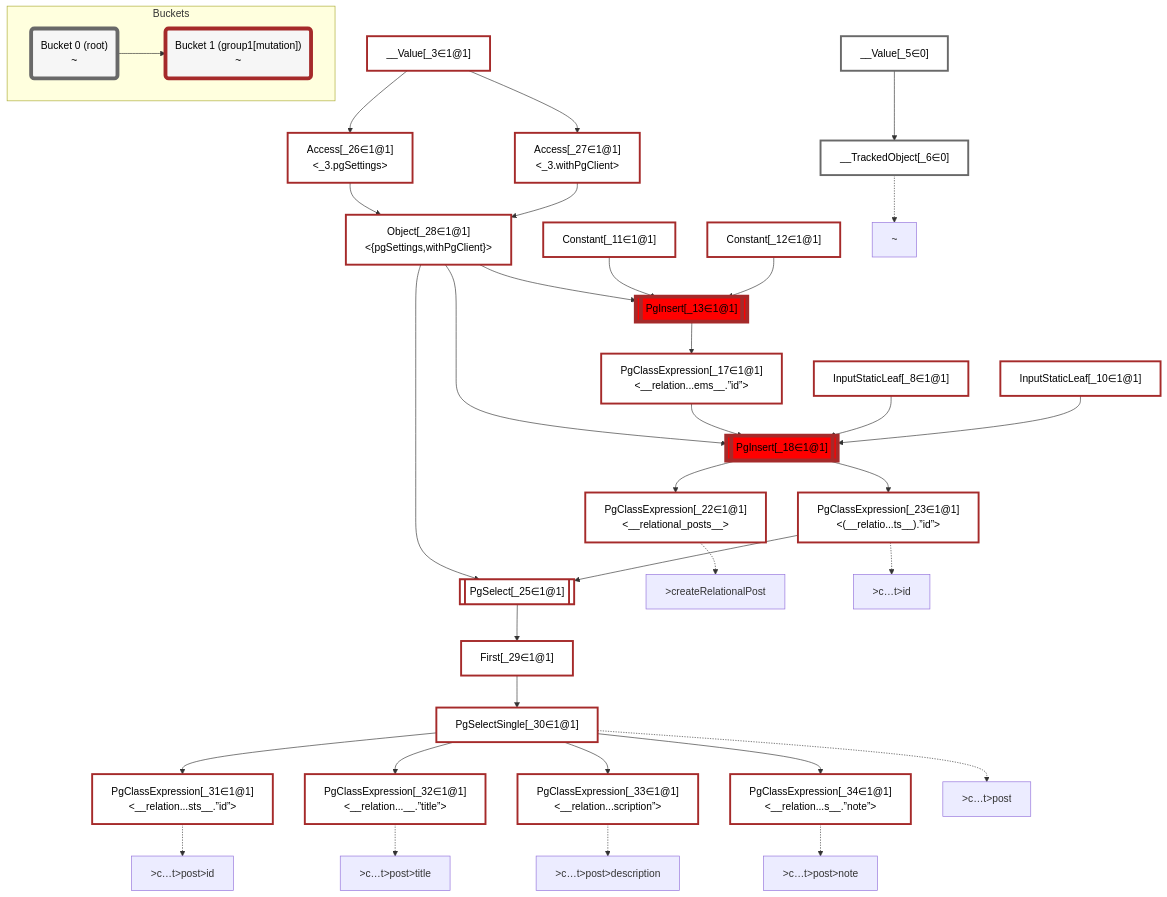
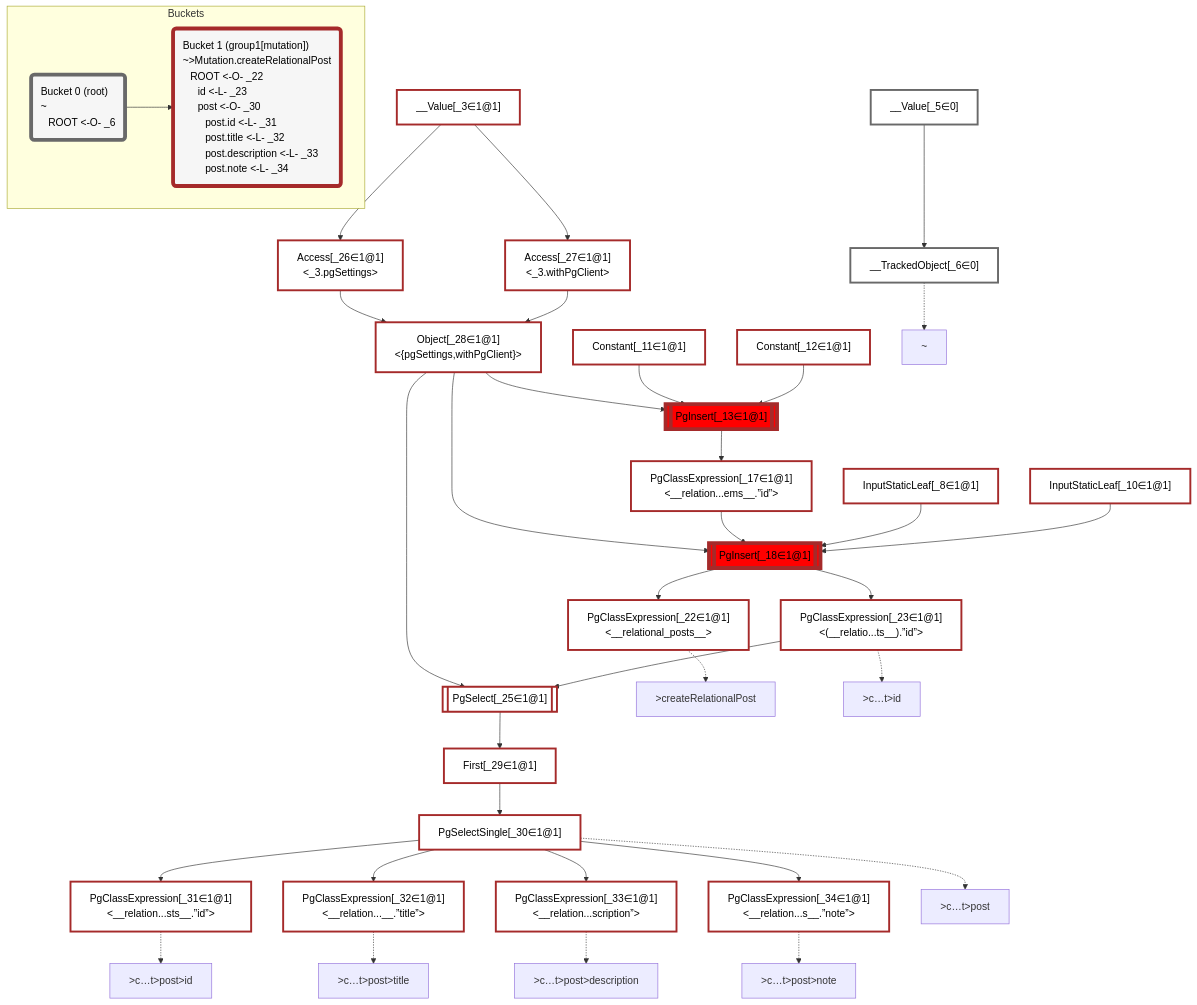
The diagram in packages/dataplan-pg/__tests__/mutations/basics/create-relational-post-default-description.deopt.mermaid.md (graphile/crystal), drawn with Mermaid before and after one commit. The commit also changed 195 other files, not shown here.

```diff
--- a/packages/dataplan-pg/__tests__/mutations/basics/create-relational-post-default-description.deopt.mermaid.md
+++ b/packages/dataplan-pg/__tests__/mutations/basics/create-relational-post-default-description.deopt.mermaid.md
@@ -4,7 +4,7 @@
     classDef plan fill:#fff,stroke-width:3px,color:#000
     classDef itemplan fill:#fff,stroke-width:6px,color:#000
     classDef sideeffectplan fill:#f00,stroke-width:6px,color:#000
-    classDef bucket fill:#f6f6f6,color:#000,stroke-width:6px
+    classDef bucket fill:#f6f6f6,color:#000,stroke-width:6px,text-align:left
 
 
     %% define plans
@@ -81,9 +81,9 @@
     class __Value_3,InputStaticLeaf_8,InputStaticLeaf_10,Constant_11,Constant_12,PgInsert_13,PgClassExpression_17,PgInsert_18,PgClassExpression_22,PgClassExpression_23,PgSelect_25,Access_26,Access_27,Object_28,First_29,PgSelectSingle_30,PgClassExpression_31,PgClassExpression_32,PgClassExpression_33,PgClassExpression_34 bucket1
 
     subgraph Buckets
-    Bucket0("Bucket 0 (root)<br />~"):::bucket
+    Bucket0("Bucket 0 (root)<br />~<br />⠀ROOT <-O- _6"):::bucket
     style Bucket0 stroke:#696969
-    Bucket1("Bucket 1 (group1[mutation])<br />~"):::bucket
+    Bucket1("Bucket 1 (group1[mutation])<br />~>Mutation.createRelationalPost<br />⠀ROOT <-O- _22<br />⠀⠀id <-L- _23<br />⠀⠀post <-O- _30<br />⠀⠀⠀post.id <-L- _31<br />⠀⠀⠀post.title <-L- _32<br />⠀⠀⠀post.description <-L- _33<br />⠀⠀⠀post.note <-L- _34"):::bucket
     style Bucket1 stroke:#a52a2a
     Bucket0 --> Bucket1
     end
```
